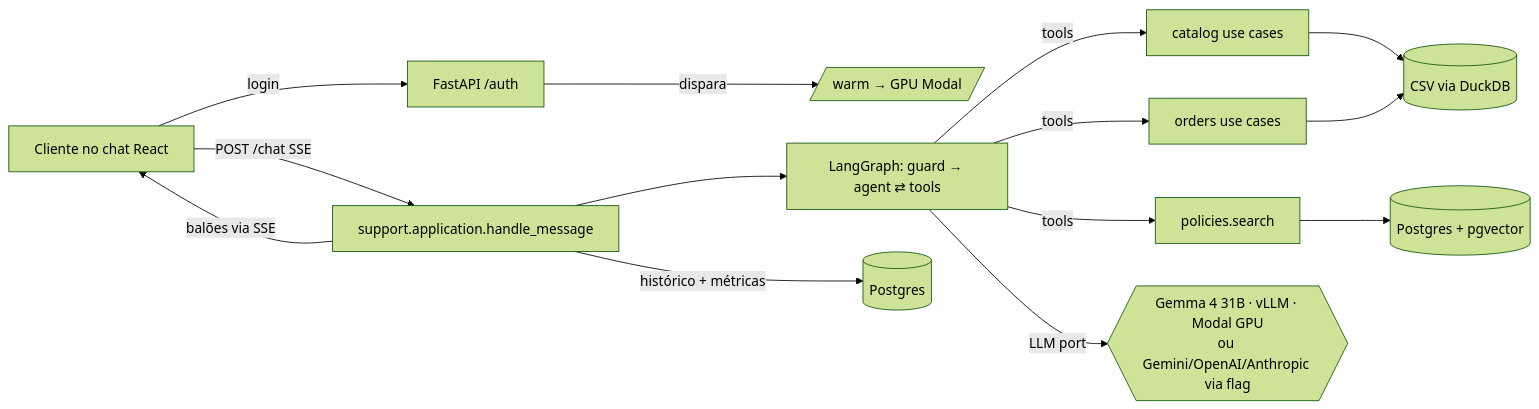
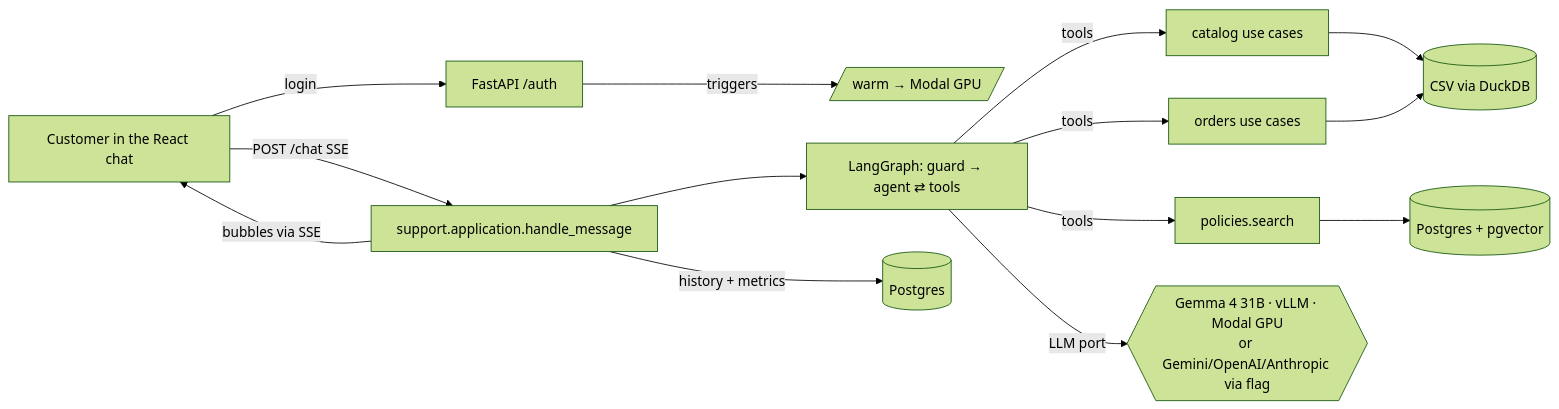
One commit to rafaeljonker/emporio-da-musica-agent changed the diagram in docs/superpowers/specs/2026-11-05-emporio-agent-design.md. Above: the diagram before and after it, drawn with Mermaid (forest theme). The commit also changed other lines of this file and 6 other files, not shown here.

````diff
--- a/docs/superpowers/specs/2026-11-05-emporio-agent-design.md
+++ b/docs/superpowers/specs/2026-11-05-emporio-agent-design.md
@@ -204,13 +204,13 @@
 ```mermaid
 flowchart LR
-  U[Cliente no chat React] -->|login| A[FastAPI /auth]
-  A -->|dispara| W[/warm → GPU Modal/]
+  U[Customer in the React chat] -->|login| A[FastAPI /auth]
+  A -->|triggers| W[/warm → Modal GPU/]
   U -->|POST /chat SSE| H[support.application.handle_message]
   H --> G[LangGraph: guard → agent ⇄ tools]
   G -->|tools| C[catalog use cases] --> R1[(CSV via DuckDB)]
   G -->|tools| O[orders use cases] --> R1
   G -->|tools| P[policies.search] --> V[(Postgres + pgvector)]
-  G -->|LLM port| L{{Gemma 4 31B · vLLM · Modal GPU<br/>ou Gemini/OpenAI/Anthropic via flag}}
-  H -->|histórico + métricas| PG[(Postgres)]
-  H -->|balões via SSE| U
+  G -->|LLM port| L{{Gemma 4 31B · vLLM · Modal GPU<br/>or Gemini/OpenAI/Anthropic via flag}}
+  H -->|history + metrics| PG[(Postgres)]
+  H -->|bubbles via SSE| U
 ```
````
